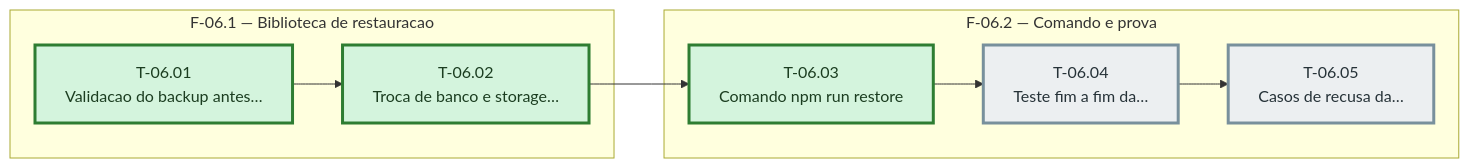
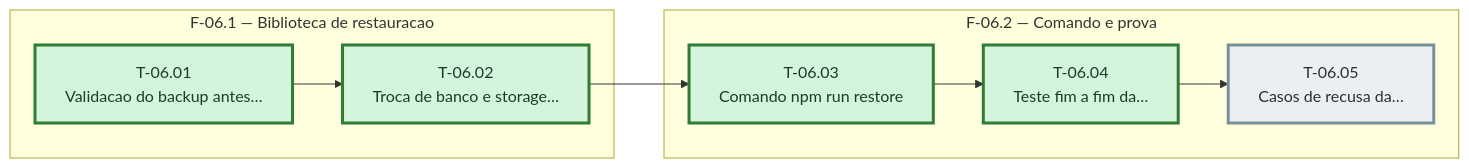
One commit to bittencourtthulio/converse-chatbot changed the diagram in docs/operacao-e-backup/sprint-06/fases.md. Above: the diagram before and after it, drawn with Mermaid. The commit also changed 2 other files, not shown here.

Commit message:
feat(FT-11): T-06.04 teste fim a fim da restauração numa instalação limpa (PR-20)
Monta a instalação com todas as camadas, gera o backup, destrói e altera, restaura pelo comando em diretórios limpos e confere linha a linha, a busca FTS, o original, os temporários de fora, a auditoria restauracao e a chave cifrada decifrando; prova também que o backup não leva a ENCRYPTION_KEY.

Task: T-06.04
Trabalho: operacao-e-backup
Testes: tests/restauracao-fim-a-fim.test.ts

````diff
--- a/docs/operacao-e-backup/sprint-06/fases.md
+++ b/docs/operacao-e-backup/sprint-06/fases.md
@@ -31,30 +31,30 @@
 ```mermaid
 %% Grafo de tasks — sprint-06 — gerado pela sprintx a partir de tasks.md
 flowchart LR
   subgraph fase_06_1["F-06.1 — Biblioteca de restauracao"]
     T_06_01["T-06.01<br/>Validacao do backup antes…"]
     T_06_02["T-06.02<br/>Troca de banco e storage…"]
   end
   subgraph fase_06_2["F-06.2 — Comando e prova"]
     T_06_03["T-06.03<br/>Comando npm run restore"]
     T_06_04["T-06.04<br/>Teste fim a fim da…"]
     T_06_05["T-06.05<br/>Casos de recusa da…"]
   end
   T_06_01 --> T_06_02
   T_06_02 --> T_06_03
   T_06_03 --> T_06_04
   T_06_04 --> T_06_05
 
   classDef concluida fill:#d4f4dd,stroke:#2e7d32,color:#1b3d20
   classDef andamento fill:#fff3cd,stroke:#b8860b,color:#4a3800
   classDef bloqueada fill:#f8d7da,stroke:#c62828,color:#4a1d1f
   classDef pendente  fill:#eceff1,stroke:#78909c,color:#263238
   classDef critico   stroke-width:3px
 
   class T_06_01 concluida
   class T_06_02 concluida
   class T_06_03 concluida
-  class T_06_04 pendente
+  class T_06_04 concluida
   class T_06_05 pendente
   class T_06_05,T_06_04,T_06_03,T_06_02,T_06_01 critico
 ```
````
